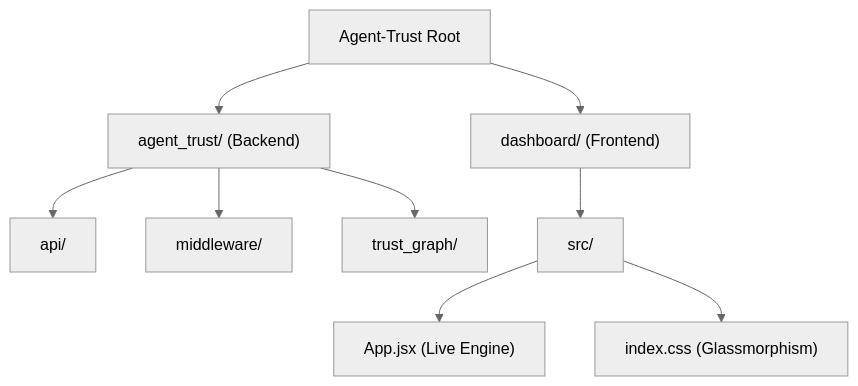
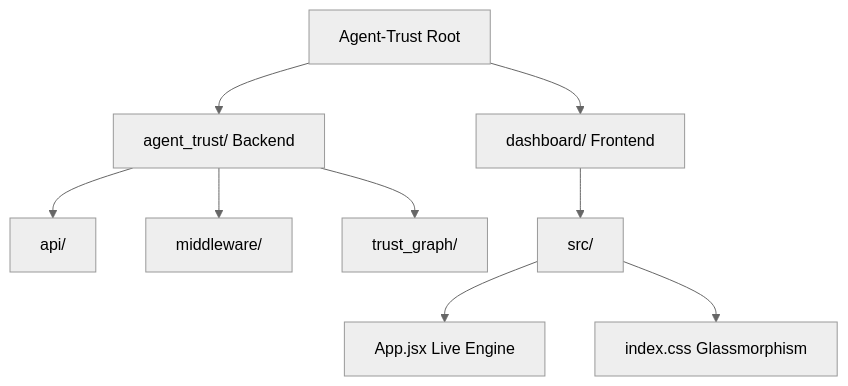
Before and after one commit to MrDecryptDecipher/Agent-Trust: diagram 30 of 30 in README.md, drawn with Mermaid (neutral theme). The commit also changed other lines of this file, not shown here.

Commit message:
Fix syntax errors across all 30 mermaid diagrams for GitHub markdown rendering

````diff
--- a/README.md
+++ b/README.md
@@ -415,12 +420,12 @@
 ```mermaid
 graph TD
     Root["Agent-Trust Root"]
-    Root --> Core["agent_trust/ (Backend)"]
+    Root --> Core["agent_trust/ Backend"]
     Core --> CoreAPI["api/"]
     Core --> CoreMid["middleware/"]
     Core --> CoreTrust["trust_graph/"]
-    Root --> FB["dashboard/ (Frontend)"]
+    Root --> FB["dashboard/ Frontend"]
     FB --> Src["src/"]
-    Src --> AppJ["App.jsx (Live Engine)"]
-    Src --> index["index.css (Glassmorphism)"]
+    Src --> AppJ["App.jsx Live Engine"]
+    Src --> index["index.css Glassmorphism"]
 ```
````
